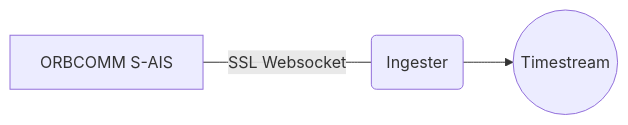
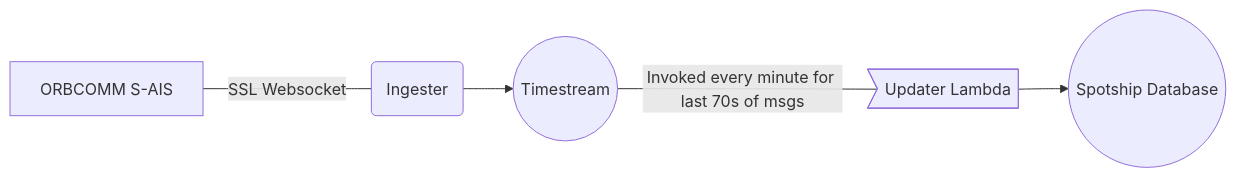
Before and after one commit to Spot-Ship/pyais: the diagram in README.md, drawn with Mermaid.

Commit message:
updated diagram to include upstream of timestream

````diff
--- a/README.md
+++ b/README.md
@@ -3,9 +3,13 @@
 ```mermaid
 graph LR
 O[ORBCOMM S-AIS]
 I(Ingester)
 T((Timestream))
+L>Updater Lambda]
+S((Spotship Database))
 
 O --- |SSL Websocket| I
 I --> T
+T --- |Invoked every minute for last 70s of msgs| L
+L --> S
 ```
````
